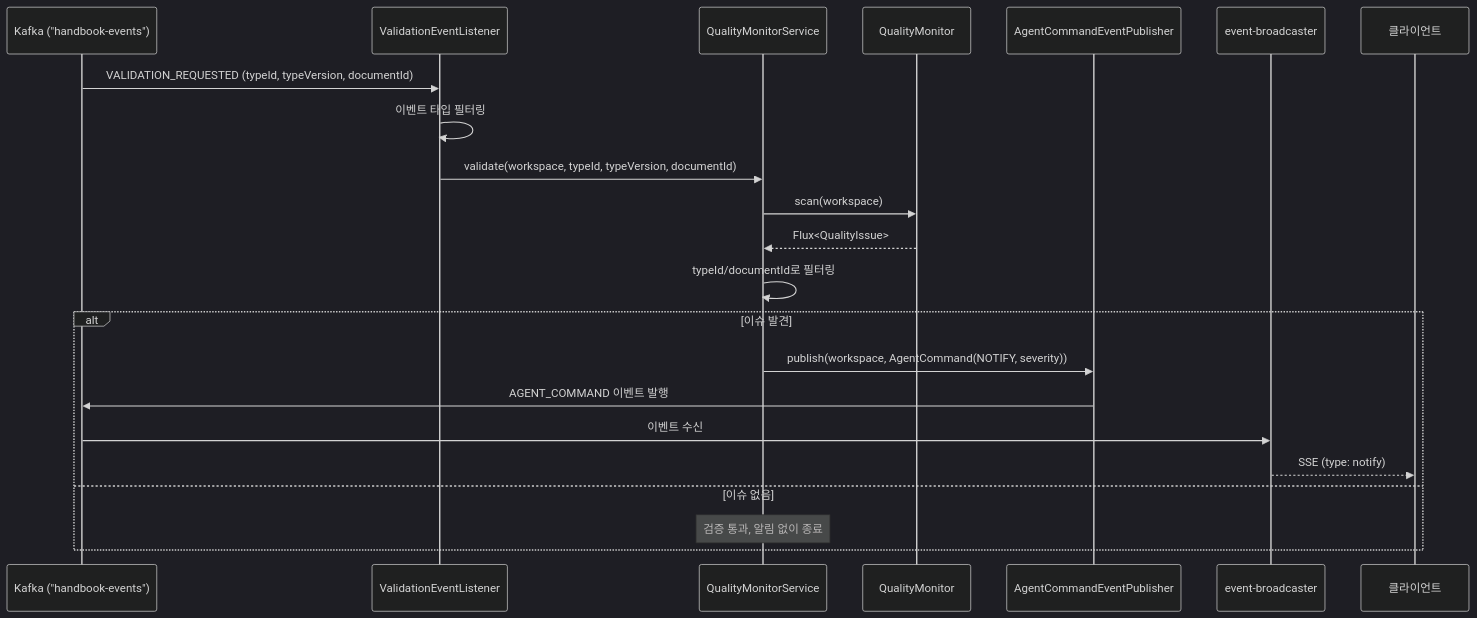
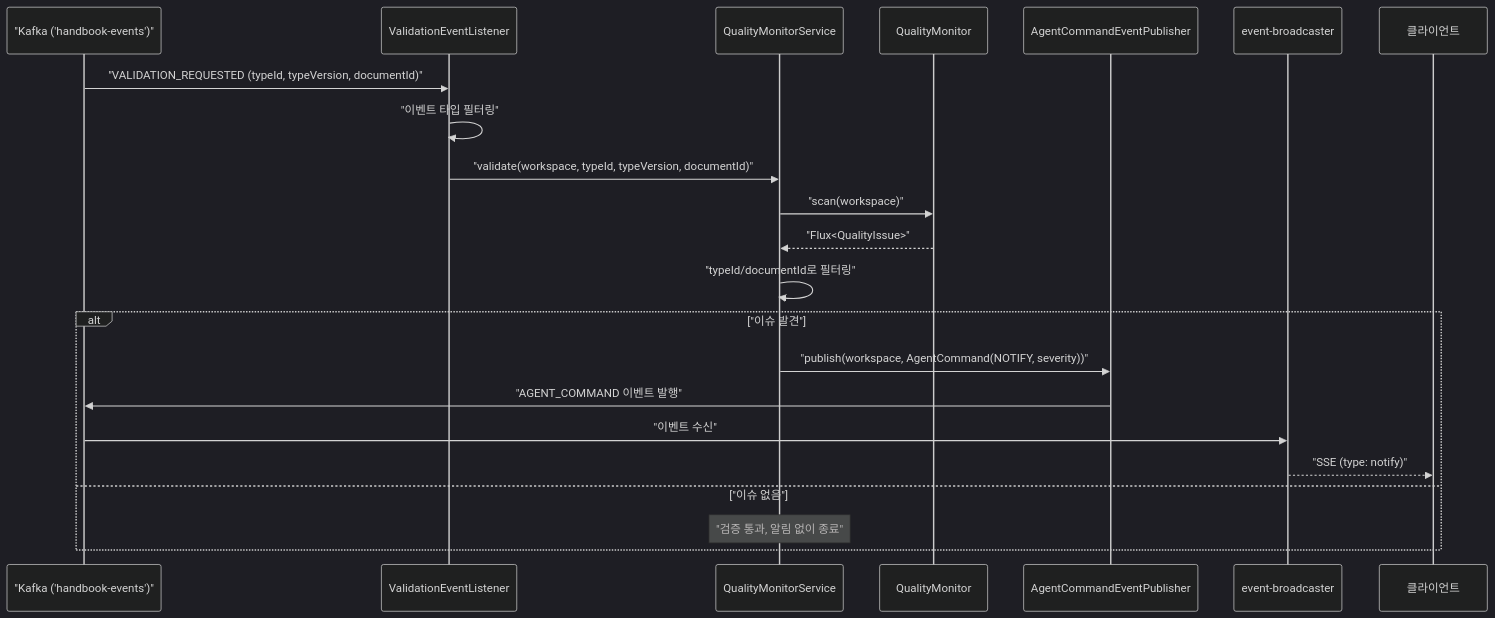
One commit to sayaya1090/handbook changed diagram 11 of 13 in assistant/USECASE.md. Above: the diagram before and after it, drawn with Mermaid (dark theme). The commit also changed other lines of this file and 22 other files, not shown here.

First line of the commit message:
docs: Mermaid 다이어그램 렌더링 오류 수정을 위한 구문 전수 교정

````diff
--- a/assistant/USECASE.md
+++ b/assistant/USECASE.md
@@ -383,25 +383,25 @@
 ```mermaid
 sequenceDiagram
-    participant K as Kafka ("handbook-events")
+    participant K as "Kafka ('handbook-events')"
     participant Listener as ValidationEventListener
     participant QMS as QualityMonitorService
     participant QM as QualityMonitor
     participant Pub as AgentCommandEventPublisher
     participant EB as event-broadcaster
     participant UI as 클라이언트
 
-    K->>Listener: VALIDATION_REQUESTED (typeId, typeVersion, documentId)
-    Listener->>Listener: 이벤트 타입 필터링
-    Listener->>QMS: validate(workspace, typeId, typeVersion, documentId)
-    QMS->>QM: scan(workspace)
-    QM-->>QMS: Flux<QualityIssue>
-    QMS->>QMS: typeId/documentId로 필터링
-    alt 이슈 발견
-        QMS->>Pub: publish(workspace, AgentCommand(NOTIFY, severity))
-        Pub->>K: AGENT_COMMAND 이벤트 발행
-        K->>EB: 이벤트 수신
-        EB-->>UI: SSE (type: notify)
-    else 이슈 없음
-        Note over QMS: 검증 통과, 알림 없이 종료
+    K->>Listener: "VALIDATION_REQUESTED (typeId, typeVersion, documentId)"
+    Listener->>Listener: "이벤트 타입 필터링"
+    Listener->>QMS: "validate(workspace, typeId, typeVersion, documentId)"
+    QMS->>QM: "scan(workspace)"
+    QM-->>QMS: "Flux<QualityIssue>"
+    QMS->>QMS: "typeId/documentId로 필터링"
+    alt "이슈 발견"
+        QMS->>Pub: "publish(workspace, AgentCommand(NOTIFY, severity))"
+        Pub->>K: "AGENT_COMMAND 이벤트 발행"
+        K->>EB: "이벤트 수신"
+        EB-->>UI: "SSE (type: notify)"
+    else "이슈 없음"
+        Note over QMS: "검증 통과, 알림 없이 종료"
     end
 ```
````
